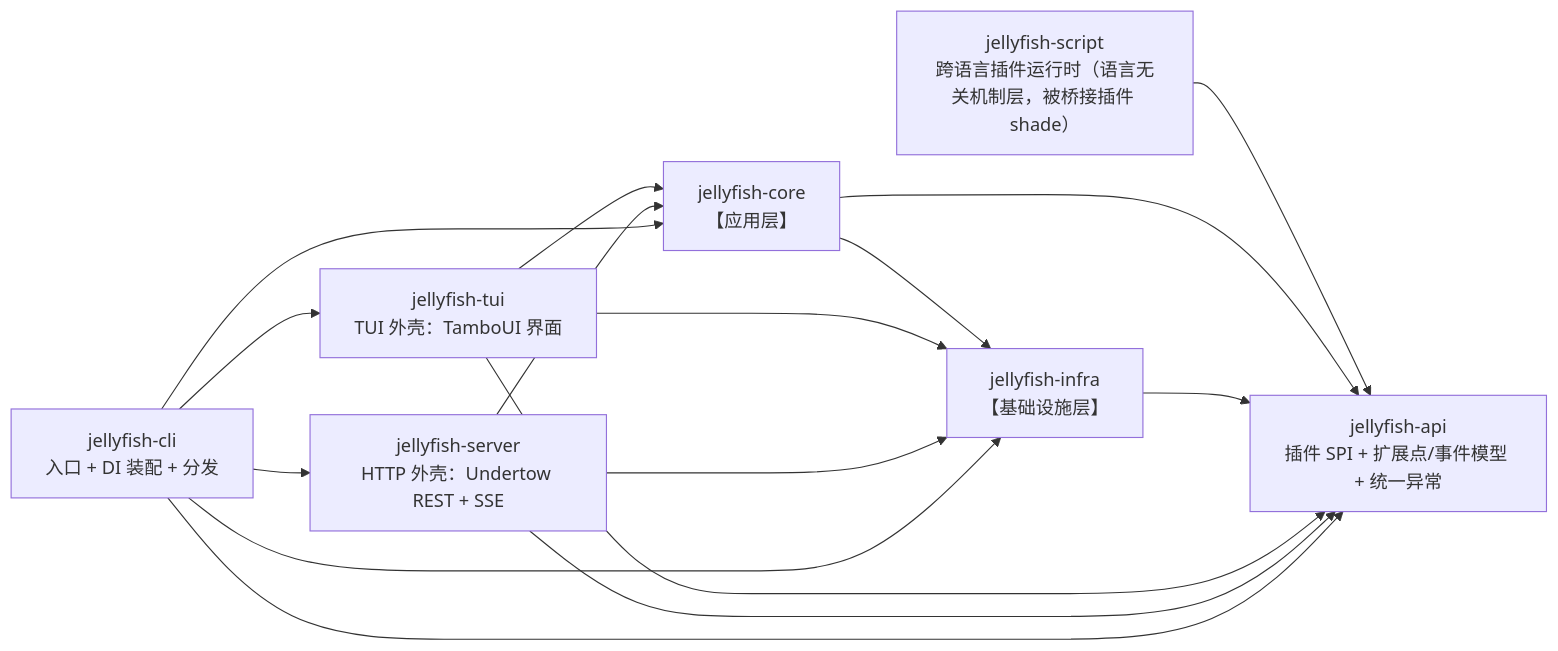
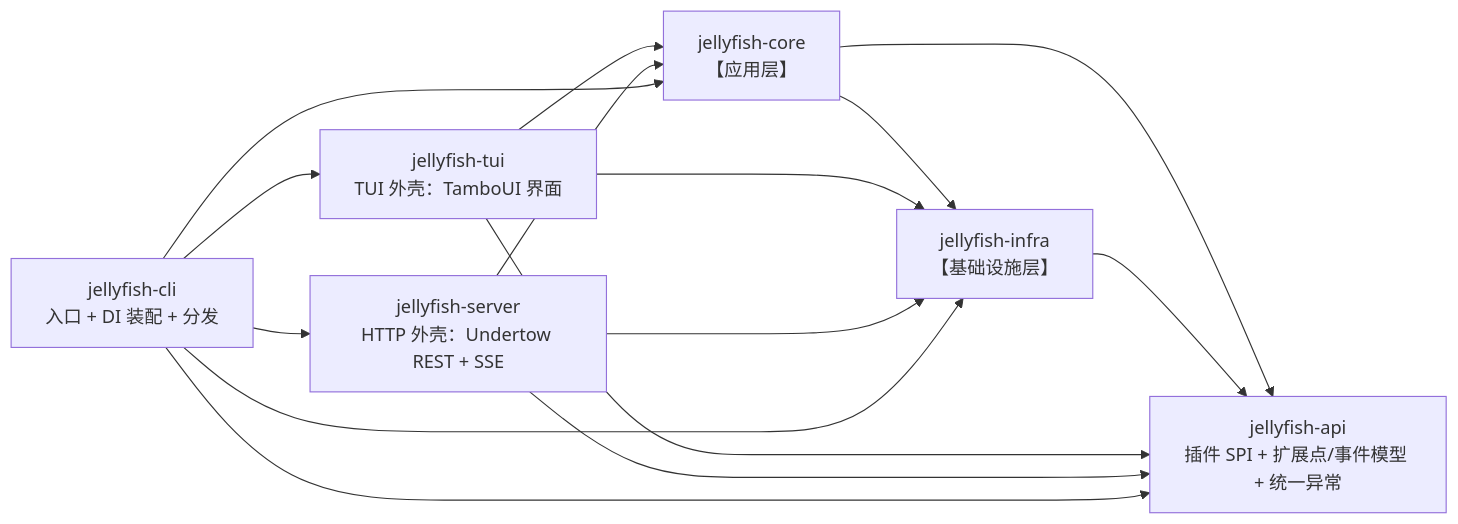
Before and after one commit to zcd0831/Jellyfish: the second of 2 diagrams in AGENTS.md, drawn with Mermaid. The commit also changed other lines of this file and 88 other files, not shown here.

First line of the commit message:
refactor: 移除 jellyfish-script 模块并清理相关文档

````diff
--- a/AGENTS.md
+++ b/AGENTS.md
@@ -188,26 +188,24 @@
 ```mermaid
 flowchart LR
     API["jellyfish-api<br>插件 SPI + 扩展点/事件模型 + 统一异常"]
-    SCRIPT["jellyfish-script<br>跨语言插件运行时（语言无关机制层，被桥接插件 shade）"]
     INFRA["jellyfish-infra<br>【基础设施层】"]
     CORE["jellyfish-core<br>【应用层】"]
     TUI["jellyfish-tui<br>TUI 外壳：TamboUI 界面"]
     SERVER["jellyfish-server<br>HTTP 外壳：Undertow REST + SSE"]
     CLI["jellyfish-cli<br>入口 + DI 装配 + 分发"]
 
-    SCRIPT --> API
     CORE --> API
     CORE --> INFRA
     INFRA --> API
     TUI --> CORE
     TUI --> INFRA
     TUI --> API
     SERVER --> CORE
     SERVER --> INFRA
     SERVER --> API
     CLI --> CORE
     CLI --> INFRA
     CLI --> API
     CLI --> TUI
     CLI --> SERVER
 ```
````
